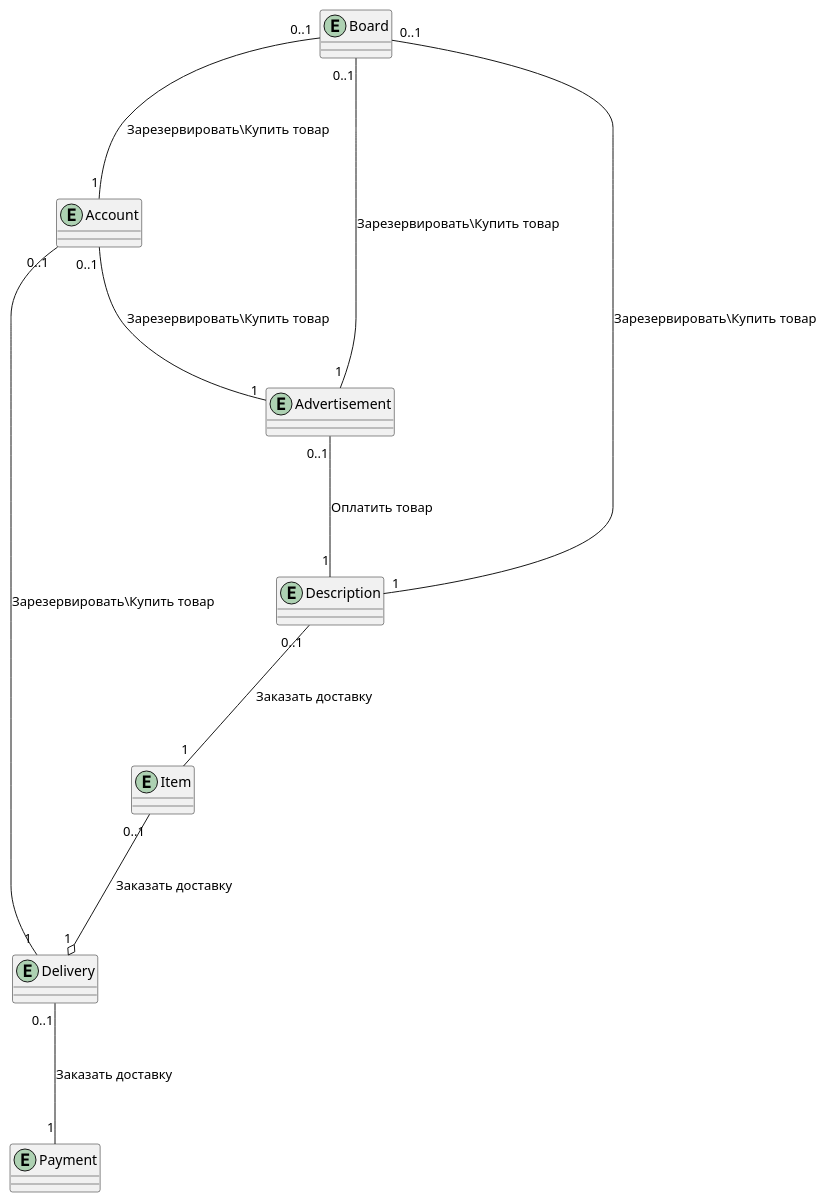
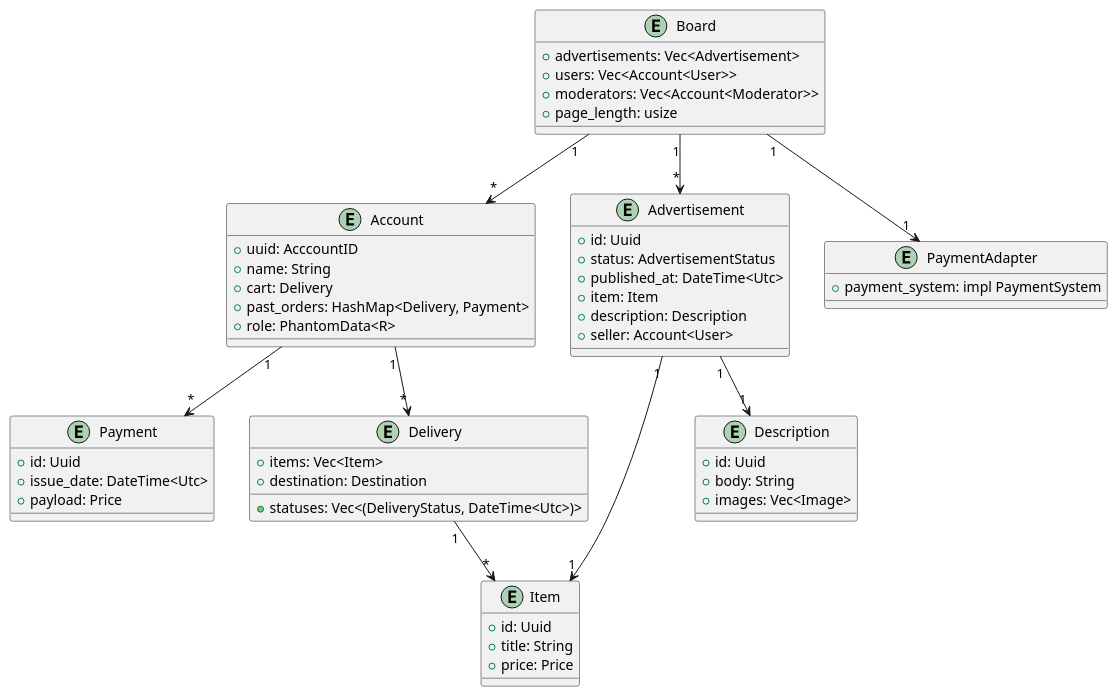
One commit to penamarth/bsbo-01-22_team1_var13 changed the diagram in Модель предметной области.md. Above: the diagram before and after it, drawn with PlantUML.

Commit message:
Update Модель предметной области.md

````diff
--- a/Модель предметной области.md
+++ b/Модель предметной области.md
@@ -1,53 +1,69 @@
 ```plantuml
 @startuml
-entity Board
-{
-
+entity Board {
+  +advertisements: Vec<Advertisement>
+  +users: Vec<Account<User>>
+  +moderators: Vec<Account<Moderator>>
+  +page_length: usize
 }
 
-entity Account
-{
-  
+entity Account {
+  +uuid: AcccountID
+  +name: String
+  +cart: Delivery
+  +past_orders: HashMap<Delivery, Payment>
+  +role: PhantomData<R>
 }
 
-entity Advertisement
-{
-    
-    
-}
-
-entity Payment
-{
-    
-}
-
-entity Delivery
-{
-    
-}
-
-entity Item
-{
-    
-}
-
-entity Description
-{
-    
+entity Advertisement {
+  +id: Uuid
+  +status: AdvertisementStatus
+  +published_at: DateTime<Utc>
+  +item: Item
+  +description: Description
+  +seller: Account<User>
 }
 
 
-Board "0..1" -down-- "1" Account : Зарезервировать\Купить товар
-Board "0..1" -down-- "1" Description : Зарезервировать\Купить товар
-Board "0..1" -down-- "1" Advertisement : Зарезервировать\Купить товар
-Account "0..1" -down-- "1" Advertisement : Зарезервировать\Купить товар
-Account "0..1" -down-- "1" Delivery : Зарезервировать\Купить товар
+entity Payment {
+  +id: Uuid
+  +issue_date: DateTime<Utc>
+  +payload: Price
+}
 
-Advertisement "0..1" -down-- "1" Description : Оплатить товар
-Description "0..1" -down-- "1" Item : Заказать доставку
+entity Delivery {
+  +items: Vec<Item>
+  +statuses: Vec<(DeliveryStatus, DateTime<Utc>)>
+  +destination: Destination
+}
 
-Item "0..1" -down--o "1" Delivery : Заказать доставку
+entity Item {
+  +id: Uuid
+  +title: String
+  +price: Price
+}
 
-Delivery "0..1" -down-- "1" Payment : Заказать доставку
+entity Description {
+  +id: Uuid
+  +body: String
+  +images: Vec<Image>
+}
+
+entity PaymentAdapter {
+  +payment_system: impl PaymentSystem
+}
+
+Board "1" --> "*" Account
+Board "1" --> "1" PaymentAdapter
+Board "1" --> "*" Advertisement 
+
+Advertisement "1" --> "1" Description 
+Advertisement "1" --> "1" Item 
+
+Account "1" --> "*" Delivery
+Account "1" --> "*" Payment
+
+Delivery "1" --> "*" Item
+
 @enduml
 ```
````
